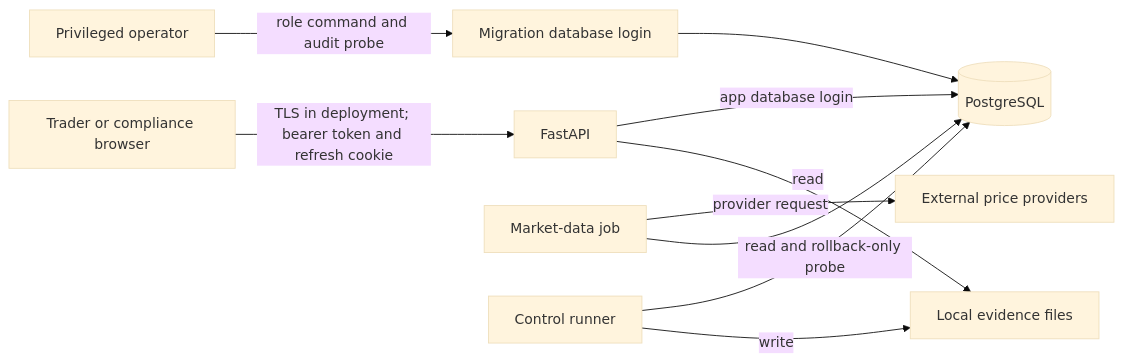
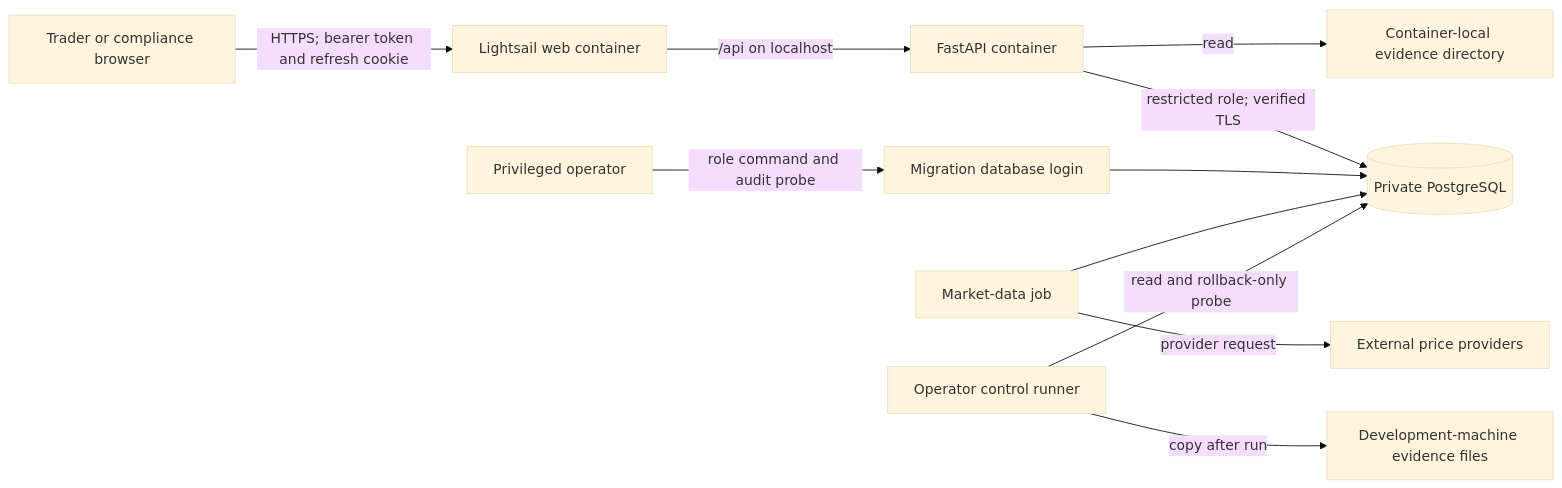
The diagram in docs/THREAT_MODEL.md (slowgold05/Fintech-trading-risk-engine), drawn with Mermaid (base theme) before and after one commit. The commit also changed other lines of this file and 8 other files, not shown here.

````diff
--- a/docs/THREAT_MODEL.md
+++ b/docs/THREAT_MODEL.md
@@ -9,12 +9,13 @@
 ```mermaid
 flowchart LR
-    U[Trader or compliance browser] -->|TLS in deployment; bearer token and refresh cookie| API[FastAPI]
-    API -->|app database login| DB[(PostgreSQL)]
+    U[Trader or compliance browser] -->|HTTPS; bearer token and refresh cookie| WEB[Lightsail web container]
+    WEB -->|/api on localhost| API[FastAPI container]
+    API -->|restricted role; verified TLS| DB[(Private PostgreSQL)]
     P[Privileged operator] -->|role command and audit probe| MIG[Migration database login]
     MIG --> DB
     W[Market-data job] -->|provider request| V[External price providers]
     W --> DB
-    C[Control runner] -->|read and rollback-only probe| DB
-    C -->|write| E[Local evidence files]
-    API -->|read| E
+    C[Operator control runner] -->|read and rollback-only probe| DB
+    C -->|copy after run| E[Development-machine evidence files]
+    API -->|read| CE[Container-local evidence directory]
 ```
````
